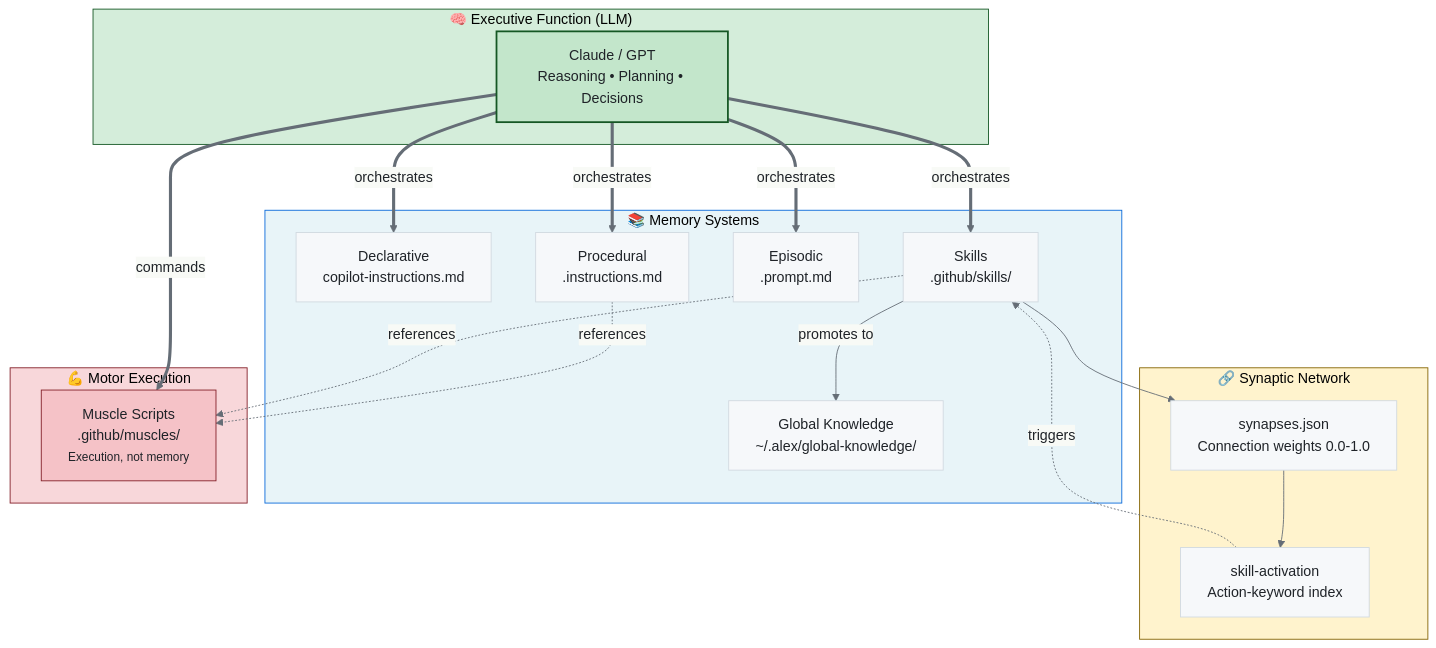
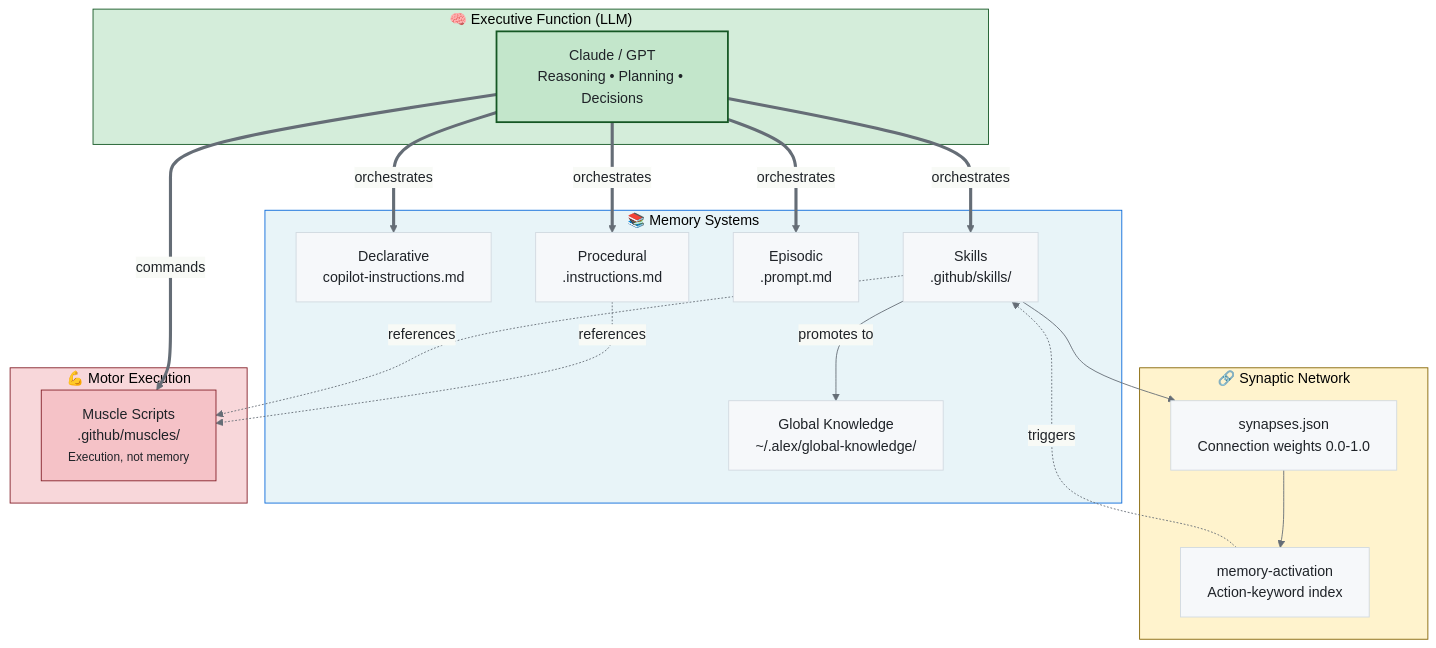
The first of 6 diagrams in alex_docs/skills/SKILLS-CATALOG.md (fabioc-aloha/Alex_Plug_In), drawn with Mermaid before and after one commit. The commit also changed other lines of this file and 349 other files, not shown here.

First line of the commit message:
chore: consolidate 11 skills, fix 96+ stale refs, clean architecture

````diff
--- a/alex_docs/skills/SKILLS-CATALOG.md
+++ b/alex_docs/skills/SKILLS-CATALOG.md
@@ -286,40 +281,40 @@
 ```mermaid
 %%{init: {'theme': 'base', 'themeVariables': { 'primaryColor': '#f6f8fa', 'primaryTextColor': '#1f2328', 'primaryBorderColor': '#d1d9e0', 'lineColor': '#656d76'}}}%%
 flowchart TB
     subgraph EXEC["🧠 Executive Function (LLM)"]
         LLM["Claude / GPT<br/>Reasoning • Planning • Decisions"]
     end
 
     subgraph MEMORY["📚 Memory Systems"]
         DM["Declarative<br/>copilot-instructions.md"]
         PM["Procedural<br/>.instructions.md"]
         EM["Episodic<br/>.prompt.md"]
         SK["Skills<br/>.github/skills/"]
         GK["Global Knowledge<br/>~/.alex/global-knowledge/"]
     end
 
     subgraph SYNAPSES["🔗 Synaptic Network"]
         SYN["synapses.json<br/>Connection weights 0.0-1.0"]
-        ACT["skill-activation<br/>Action-keyword index"]
+        ACT["memory-activation<br/>Action-keyword index"]
     end
 
     subgraph MUSCLES["💪 Motor Execution"]
         MUS["Muscle Scripts<br/>.github/muscles/<br/><small>Execution, not memory</small>"]
     end
 
     LLM ==>|orchestrates| DM & PM & EM & SK
     SK --> SYN
     SYN --> ACT
     ACT -.->|triggers| SK
     SK -->|promotes to| GK
     LLM ==>|commands| MUS
     PM -.->|references| MUS
     SK -.->|references| MUS
 
     style EXEC fill:#d4edda,stroke:#155724
     style LLM fill:#c3e6cb,stroke:#155724,stroke-width:2px
     style MEMORY fill:#e8f4f8,stroke:#0969da
     style SYNAPSES fill:#fff3cd,stroke:#856404
     style MUSCLES fill:#f8d7da,stroke:#842029
     style MUS fill:#f5c2c7,stroke:#842029
 ```
````
